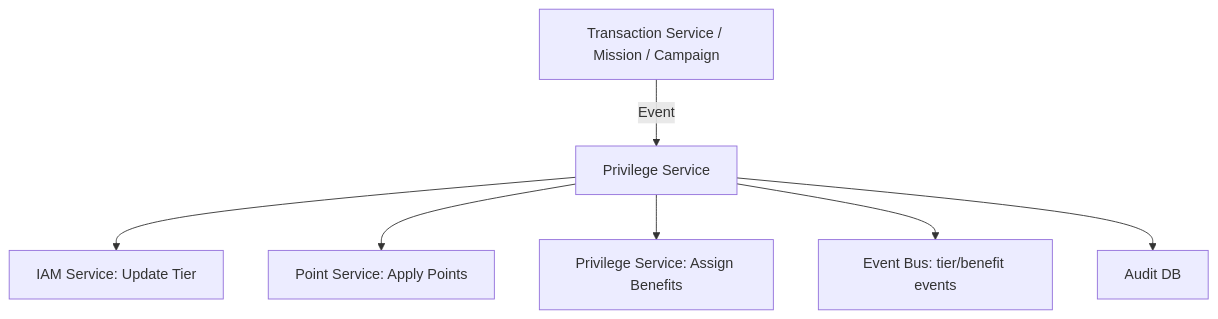
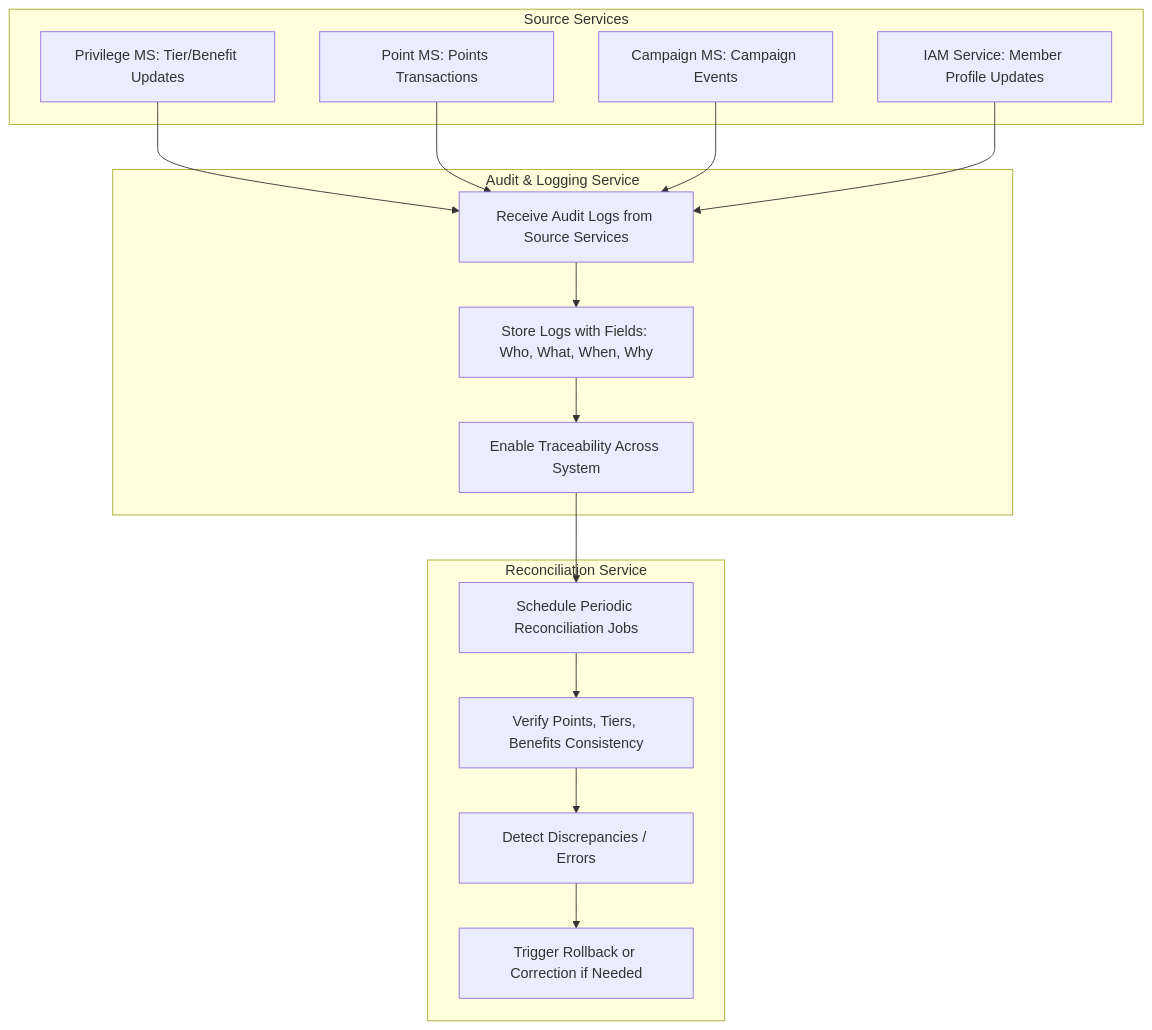
Before and after one commit to ittikornsopawan/domain-driven-design-cqrs-architecture: diagram 11 of 60 in Service-Design/Priviledge/Priviledge.md, drawn with Mermaid. The commit also changed other lines of this file, not shown here.

````diff
--- a/Service-Design/Priviledge/Priviledge.md
+++ b/Service-Design/Priviledge/Priviledge.md
@@ -120,9 +628,39 @@
 ```mermaid
 flowchart TD
-    TX["Transaction Service / Mission / Campaign"] -->|Event| PR["Privilege Service"]
-    PR --> IAM["IAM Service: Update Tier"]
-    PR --> PT["Point Service: Apply Points"]
-    PR --> Benefit["Privilege Service: Assign Benefits"]
-    PR --> EventBus["Event Bus: tier/benefit events"]
-    PR --> Audit["Audit DB"]
+    %% Source Services (Privilege, Point, Campaign, IAM)
+    subgraph SourceMS["Source Services"]
+        S1["Privilege MS: Tier/Benefit Updates"]
+        S2["Point MS: Points Transactions"]
+        S3["Campaign MS: Campaign Events"]
+        S4["IAM Service: Member Profile Updates"]
+    end
+
+    %% Audit / Logging Service
+    subgraph AuditMS["Audit & Logging Service"]
+        A1["Receive Audit Logs from Source Services"]
+        A2["Store Logs with Fields: Who, What, When, Why"]
+        A3["Enable Traceability Across System"]
+    end
+
+    %% Reconciliation Service
+    subgraph ReconciliationMS["Reconciliation Service"]
+        R1["Schedule Periodic Reconciliation Jobs"]
+        R2["Verify Points, Tiers, Benefits Consistency"]
+        R3["Detect Discrepancies / Errors"]
+        R4["Trigger Rollback or Correction if Needed"]
+    end
+
+    %% Workflow Connections
+    S1 --> A1
+    S2 --> A1
+    S3 --> A1
+    S4 --> A1
+
+    A1 --> A2
+    A2 --> A3
+
+    A3 --> R1
+    R1 --> R2
+    R2 --> R3
+    R3 --> R4
 ```
````
